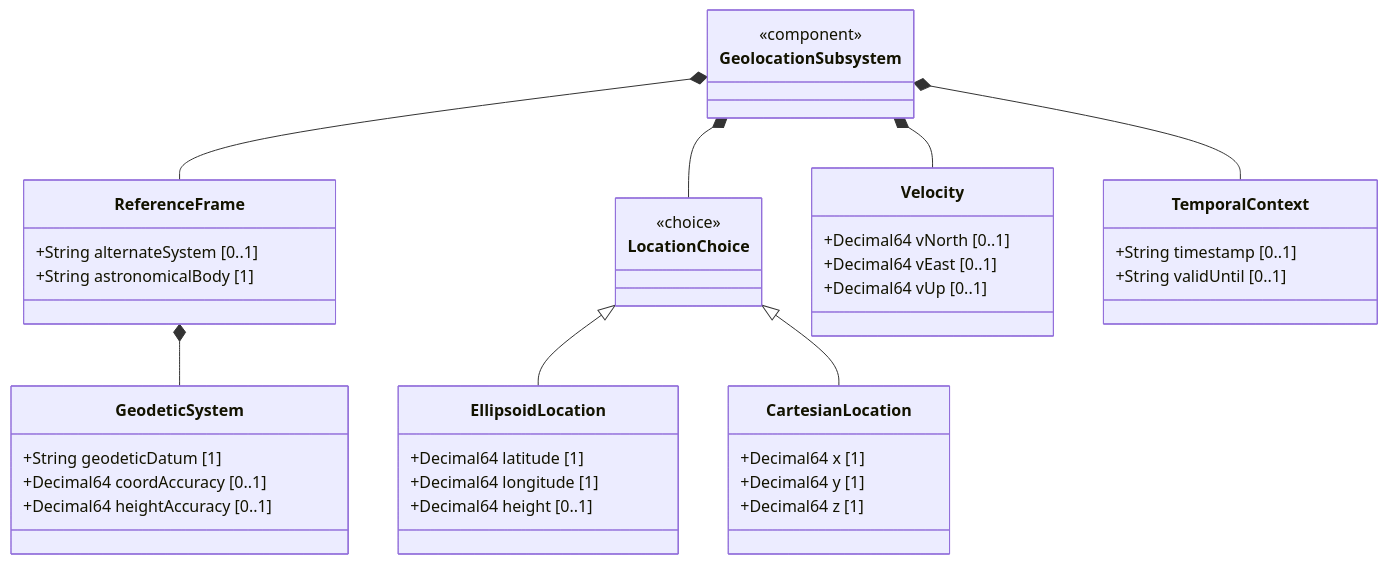
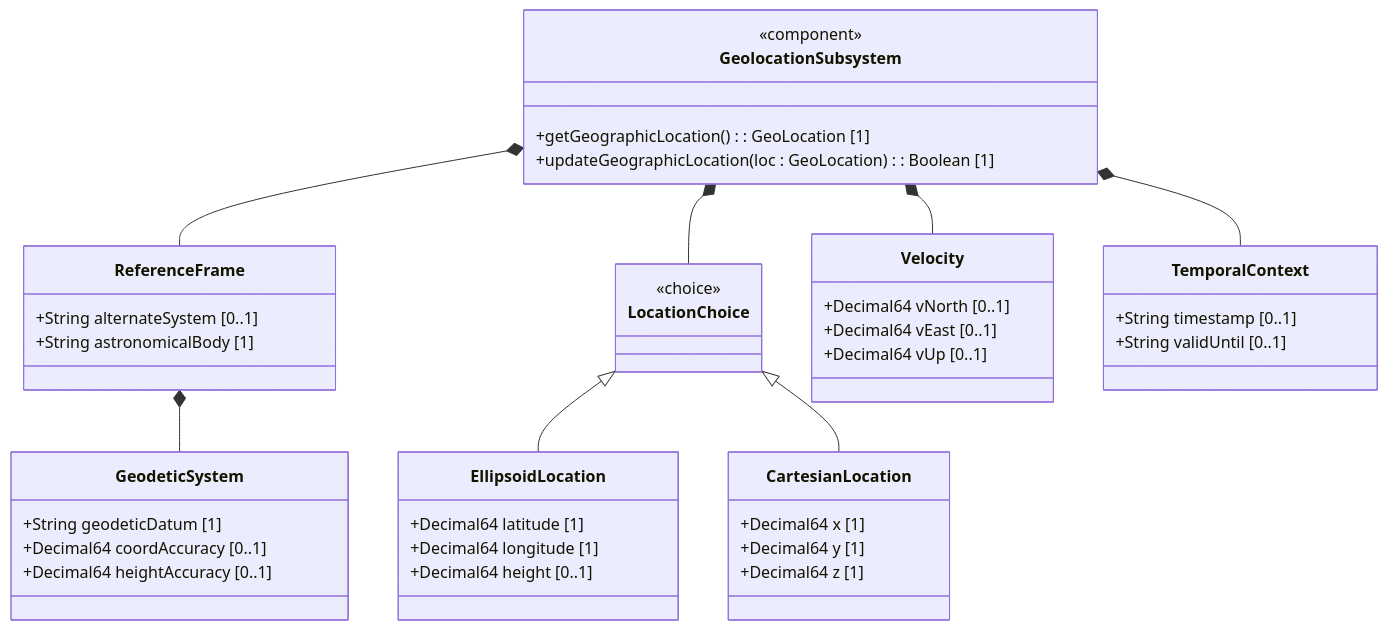
One commit to gintatkinson/dep-tst37 changed the first of 2 diagrams in docs/epics/epic-01-geographic-location.md. Above: the diagram before and after it, drawn with Mermaid. The commit also changed other lines of this file and 10 other files, not shown here.

Commit message:
docs: resolve UML and linter compliance errors in specifications

````diff
--- a/docs/epics/epic-01-geographic-location.md
+++ b/docs/epics/epic-01-geographic-location.md
@@ -43,45 +39,47 @@
 ```mermaid
 classDiagram
     class GeolocationSubsystem {
         <<component>>
+        +getGeographicLocation() : GeoLocation [1]
+        +updateGeographicLocation(loc : GeoLocation) : Boolean [1]
     }
     class ReferenceFrame {
         +String alternateSystem [0..1]
         +String astronomicalBody [1]
     }
     class GeodeticSystem {
         +String geodeticDatum [1]
         +Decimal64 coordAccuracy [0..1]
         +Decimal64 heightAccuracy [0..1]
     }
     class LocationChoice {
         <<choice>>
     }
     class EllipsoidLocation {
         +Decimal64 latitude [1]
         +Decimal64 longitude [1]
         +Decimal64 height [0..1]
     }
     class CartesianLocation {
         +Decimal64 x [1]
         +Decimal64 y [1]
         +Decimal64 z [1]
     }
     class Velocity {
         +Decimal64 vNorth [0..1]
         +Decimal64 vEast [0..1]
         +Decimal64 vUp [0..1]
     }
     class TemporalContext {
         +String timestamp [0..1]
         +String validUntil [0..1]
     }
 
     GeolocationSubsystem *-- ReferenceFrame
     ReferenceFrame *-- GeodeticSystem
     GeolocationSubsystem *-- LocationChoice
     LocationChoice <|-- EllipsoidLocation
     LocationChoice <|-- CartesianLocation
     GeolocationSubsystem *-- Velocity
     GeolocationSubsystem *-- TemporalContext
 ```
````
